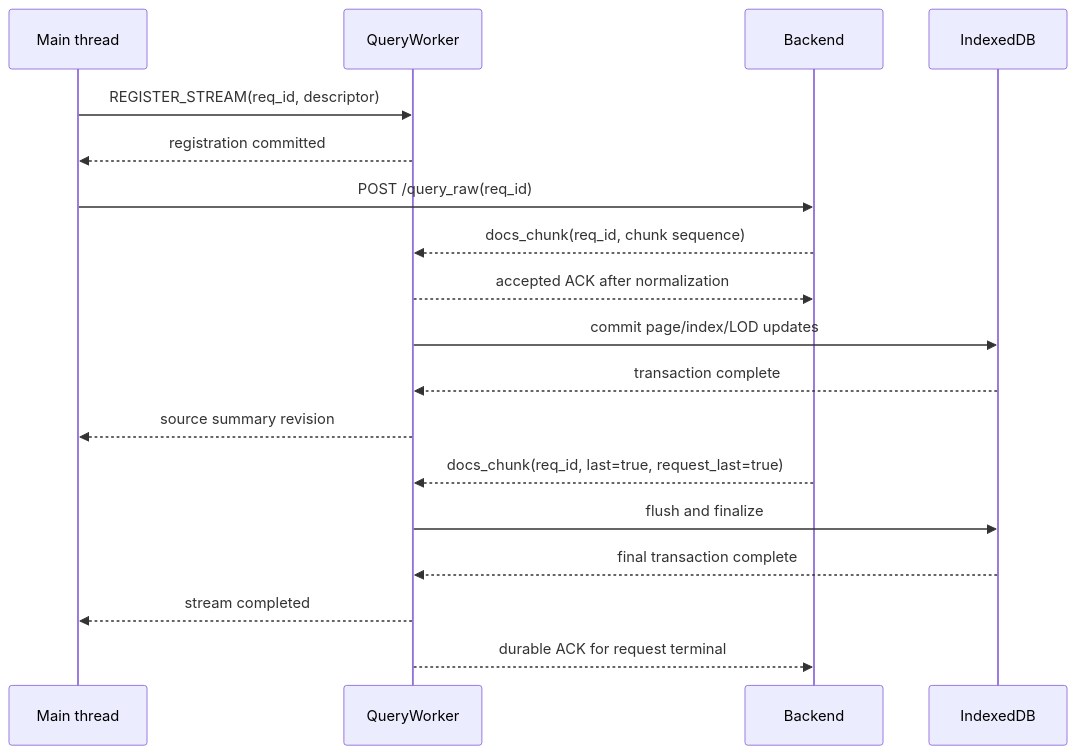
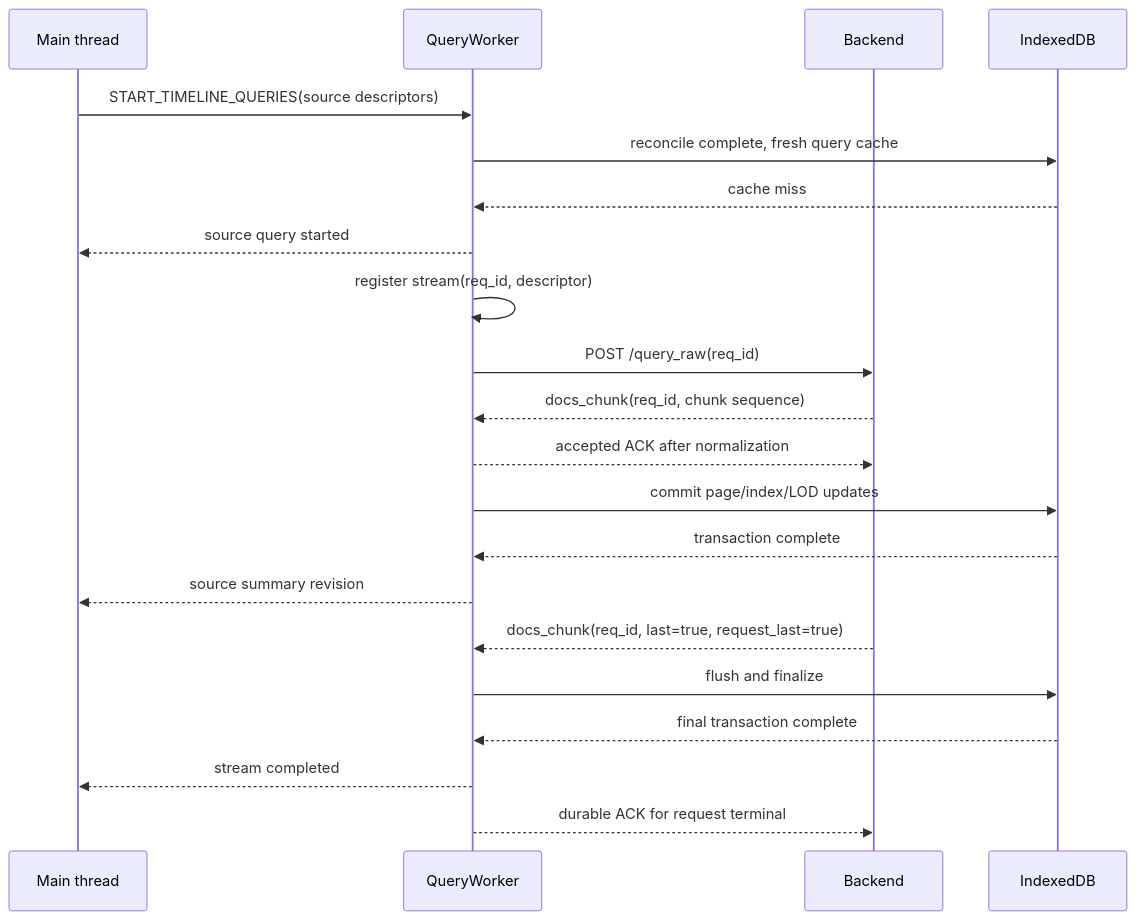
The second of 2 diagrams in docs/webui/query-worker.md (mentat-is/gulp), drawn with Mermaid before and after one commit. The commit also changed other lines of this file and 75 other files, not shown here.

````diff
--- a/docs/webui/query-worker.md
+++ b/docs/webui/query-worker.md
@@ -110,21 +121,24 @@
 ```mermaid
 sequenceDiagram
     participant UI as Main thread
     participant QW as QueryWorker
     participant BE as Backend
     participant DB as IndexedDB
 
-    UI->>QW: REGISTER_STREAM(req_id, descriptor)
-    QW-->>UI: registration committed
-    UI->>BE: POST /query_raw(req_id)
+    UI->>QW: START_TIMELINE_QUERIES(source descriptors)
+    QW->>DB: reconcile complete, fresh query cache
+    DB-->>QW: cache miss
+    QW-->>UI: source query started
+    QW->>QW: register stream(req_id, descriptor)
+    QW->>BE: POST /query_raw(req_id)
     BE-->>QW: docs_chunk(req_id, chunk sequence)
     QW-->>BE: accepted ACK after normalization
     QW->>DB: commit page/index/LOD updates
     DB-->>QW: transaction complete
     QW-->>UI: source summary revision
     BE-->>QW: docs_chunk(req_id, last=true, request_last=true)
     QW->>DB: flush and finalize
     DB-->>QW: final transaction complete
     QW-->>UI: stream completed
     QW-->>BE: durable ACK for request terminal
 ```
````
